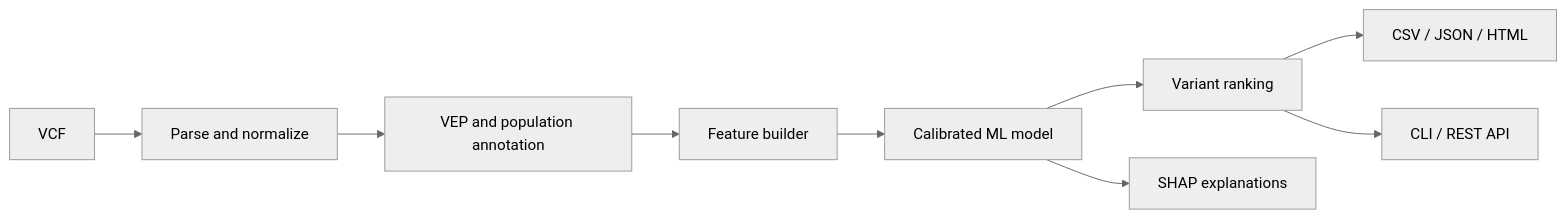
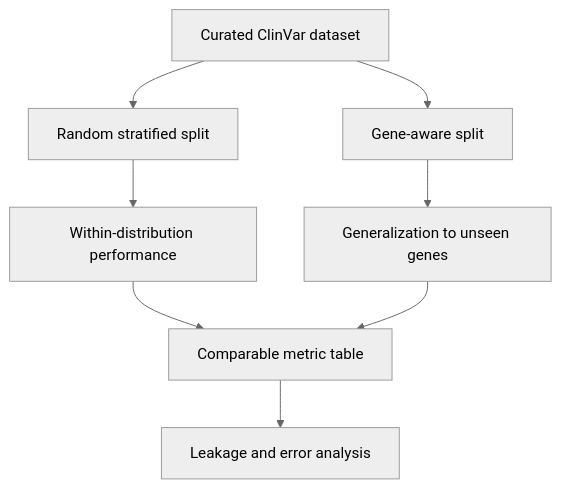
The second of 2 diagrams in README.md (ArtemFiend/variant-rank), drawn with Mermaid (neutral theme) before and after one commit. The commit also changed other lines of this file and 1 other file, not shown here.

````diff
--- a/README.md
+++ b/README.md
@@ -23,11 +195,10 @@
 ```mermaid
-flowchart LR
-    A[VCF] --> B[Parse and normalize]
-    B --> C[VEP and population annotation]
-    C --> D[Feature builder]
-    D --> E[Calibrated ML model]
-    E --> F[Variant ranking]
-    F --> G[CSV / JSON / HTML]
-    E --> H[SHAP explanations]
-    F --> I[CLI / REST API]
+flowchart TB
+    D[Curated ClinVar dataset] --> R[Random stratified split]
+    D --> G[Gene-aware split]
+    R --> RM[Within-distribution performance]
+    G --> GM[Generalization to unseen genes]
+    RM --> C[Comparable metric table]
+    GM --> C
+    C --> A[Leakage and error analysis]
 ```
````
